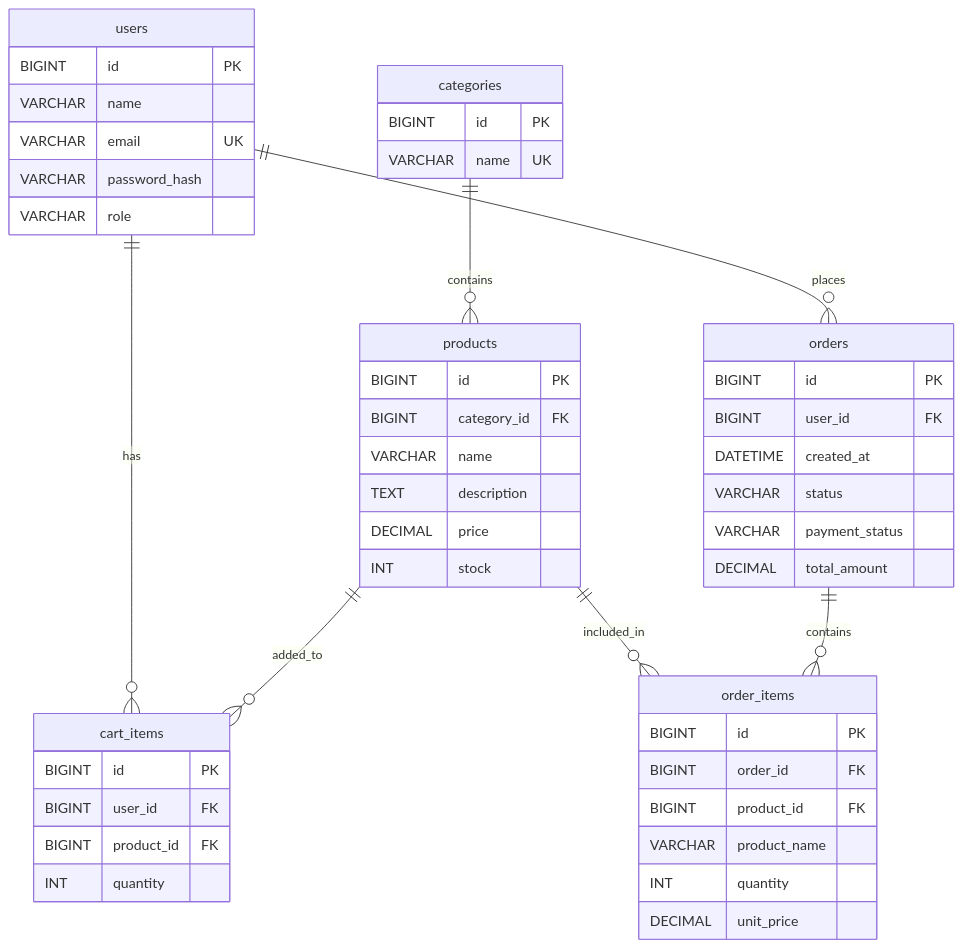
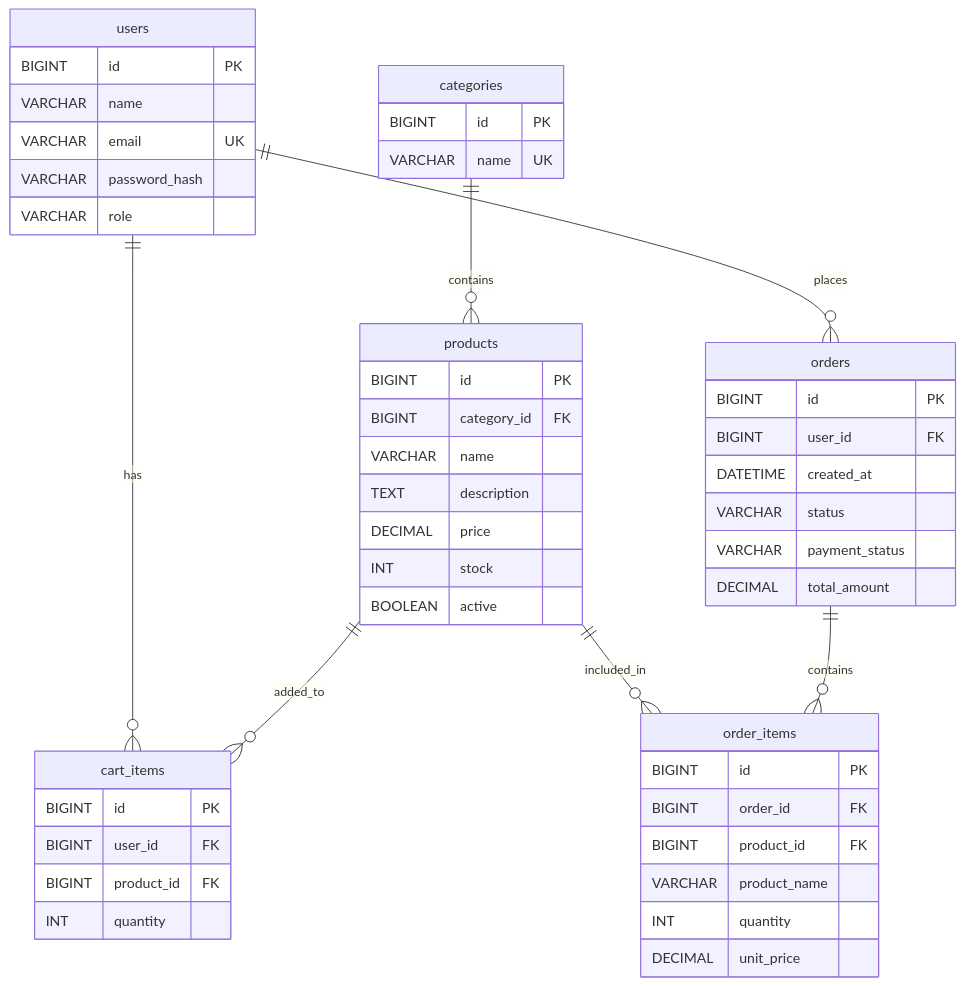
One commit to samenov01/techshop-java changed the diagram in design/database.mmd. Above: the diagram before and after it, drawn with Mermaid. The commit also changed 16 other files, not shown here.

```diff
--- a/design/database.mmd
+++ b/design/database.mmd
@@ -1,49 +1,50 @@
 erDiagram
     users ||--o{ cart_items : has
     users ||--o{ orders : places
     categories ||--o{ products : contains
     products ||--o{ cart_items : added_to
     products ||--o{ order_items : included_in
     orders ||--o{ order_items : contains
 
     users {
         BIGINT id PK
         VARCHAR name
         VARCHAR email UK
         VARCHAR password_hash
         VARCHAR role
     }
     categories {
         BIGINT id PK
         VARCHAR name UK
     }
     products {
         BIGINT id PK
         BIGINT category_id FK
         VARCHAR name
         TEXT description
         DECIMAL price
         INT stock
+        BOOLEAN active
     }
     cart_items {
         BIGINT id PK
         BIGINT user_id FK
         BIGINT product_id FK
         INT quantity
     }
     orders {
         BIGINT id PK
         BIGINT user_id FK
         DATETIME created_at
         VARCHAR status
         VARCHAR payment_status
         DECIMAL total_amount
     }
     order_items {
         BIGINT id PK
         BIGINT order_id FK
         BIGINT product_id FK
         VARCHAR product_name
         INT quantity
         DECIMAL unit_price
     }
```
